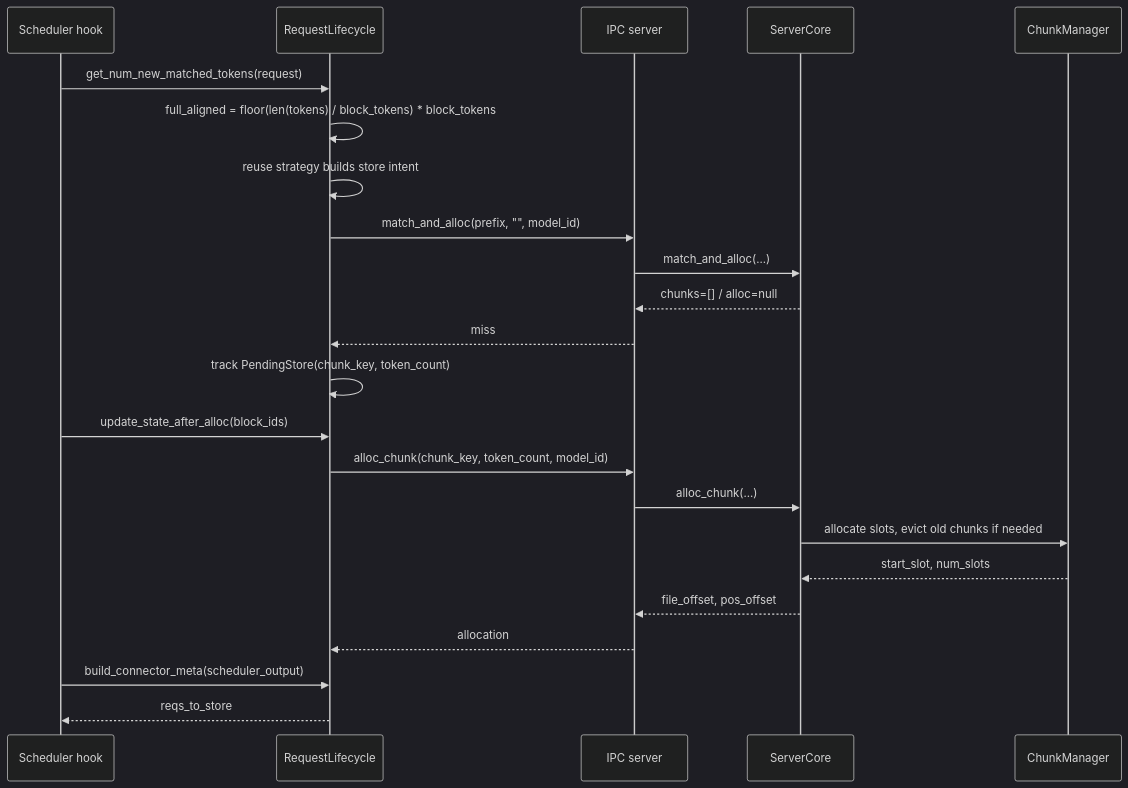
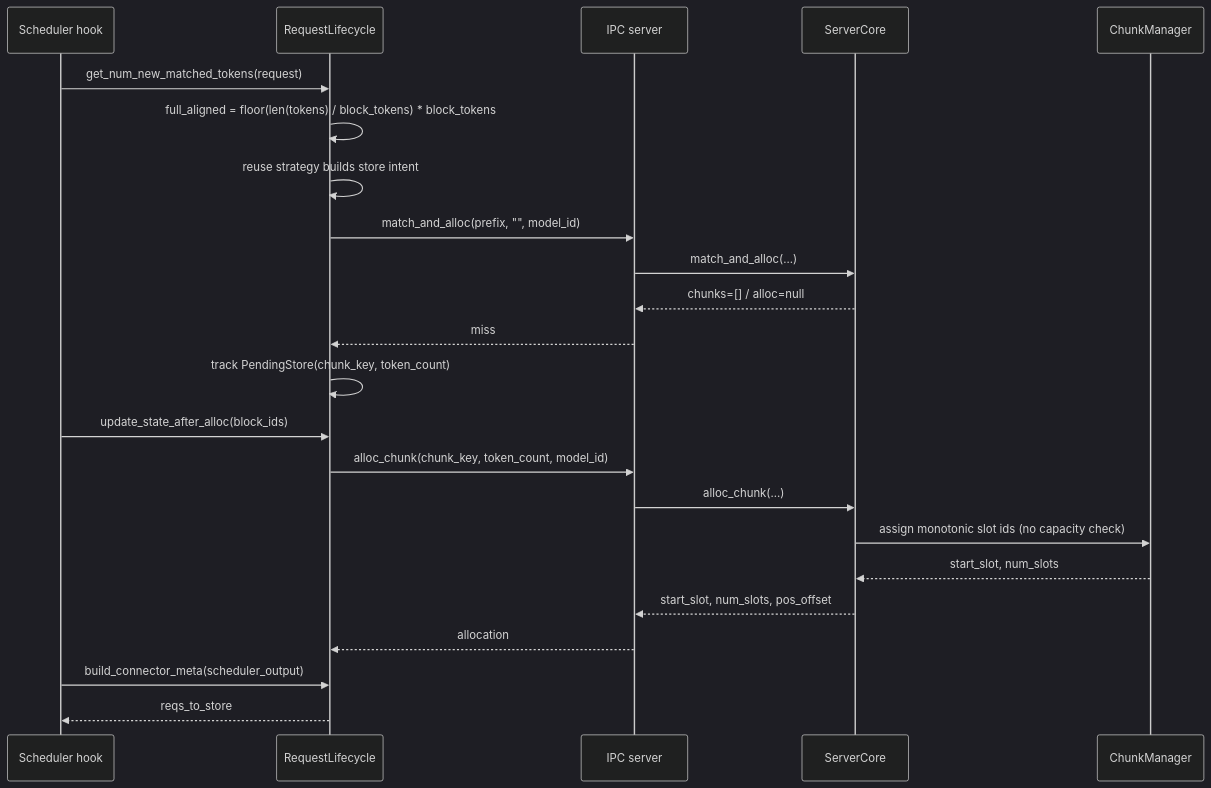
Before and after one commit to 7774596/DaseR: the third of 8 diagrams in docs/design/flows.md, drawn with Mermaid (dark theme). The commit also changed other lines of this file and 92 other files, not shown here.

````diff
--- a/docs/design/flows.md
+++ b/docs/design/flows.md
@@ -77,27 +77,27 @@
 ```mermaid
 sequenceDiagram
     participant S as Scheduler hook
     participant SL as RequestLifecycle
     participant IPC as IPC server
     participant C as ServerCore
     participant CM as ChunkManager
 
     S->>SL: get_num_new_matched_tokens(request)
     SL->>SL: full_aligned = floor(len(tokens) / block_tokens) * block_tokens
     SL->>SL: reuse strategy builds store intent
     SL->>IPC: match_and_alloc(prefix, "", model_id)
     IPC->>C: match_and_alloc(...)
     C-->>IPC: chunks=[] / alloc=null
     IPC-->>SL: miss
     SL->>SL: track PendingStore(chunk_key, token_count)
 
     S->>SL: update_state_after_alloc(block_ids)
     SL->>IPC: alloc_chunk(chunk_key, token_count, model_id)
     IPC->>C: alloc_chunk(...)
-    C->>CM: allocate slots, evict old chunks if needed
+    C->>CM: assign monotonic slot ids (no capacity check)
     CM-->>C: start_slot, num_slots
-    C-->>IPC: file_offset, pos_offset
+    C-->>IPC: start_slot, num_slots, pos_offset
     IPC-->>SL: allocation
     S->>SL: build_connector_meta(scheduler_output)
     SL-->>S: reqs_to_store
 ```
````
